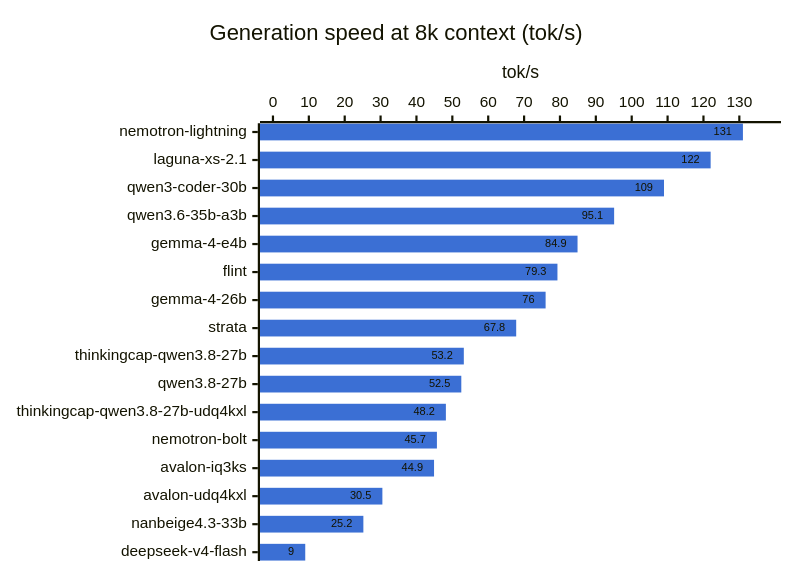
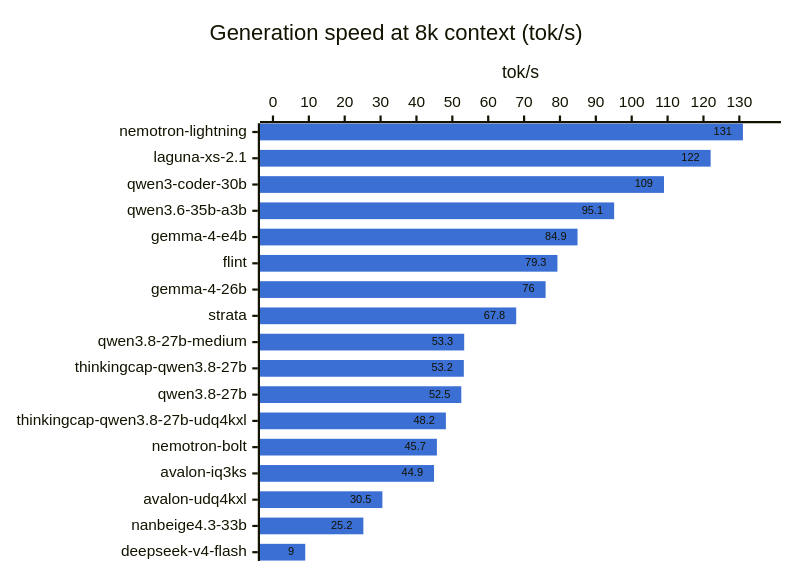
Before and after one commit to hofftodd/ai-bench: the third of 3 diagrams in RESULTS.md, drawn with Mermaid. The commit also changed other lines of this file and 7 other files, not shown here.

````diff
--- a/RESULTS.md
+++ b/RESULTS.md
@@ -71,8 +74,8 @@
 ```mermaid
 %%{init: {"xyChart": {"showDataLabel": true}, "themeVariables": {"xyChart": {"plotColorPalette": "#3b6fd4"}}}}%%
 xychart-beta horizontal
     title "Generation speed at 8k context (tok/s)"
-    x-axis ["nemotron-lightning", "laguna-xs-2.1", "qwen3-coder-30b", "qwen3.6-35b-a3b", "gemma-4-e4b", "flint", "gemma-4-26b", "strata", "thinkingcap-qwen3.8-27b", "qwen3.8-27b", "thinkingcap-qwen3.8-27b-udq4kxl", "nemotron-bolt", "avalon-iq3ks", "avalon-udq4kxl", "nanbeige4.3-33b", "deepseek-v4-flash"]
+    x-axis ["nemotron-lightning", "laguna-xs-2.1", "qwen3-coder-30b", "qwen3.6-35b-a3b", "gemma-4-e4b", "flint", "gemma-4-26b", "strata", "qwen3.8-27b-medium", "thinkingcap-qwen3.8-27b", "qwen3.8-27b", "thinkingcap-qwen3.8-27b-udq4kxl", "nemotron-bolt", "avalon-iq3ks", "avalon-udq4kxl", "nanbeige4.3-33b", "deepseek-v4-flash"]
     y-axis "tok/s" 0 --> 138
-    bar [131.0, 122.0, 109.0, 95.1, 84.9, 79.3, 76.0, 67.8, 53.2, 52.5, 48.2, 45.7, 44.9, 30.5, 25.2, 9.0]
+    bar [131.0, 122.0, 109.0, 95.1, 84.9, 79.3, 76.0, 67.8, 53.3, 53.2, 52.5, 48.2, 45.7, 44.9, 30.5, 25.2, 9.0]
 ```
````
